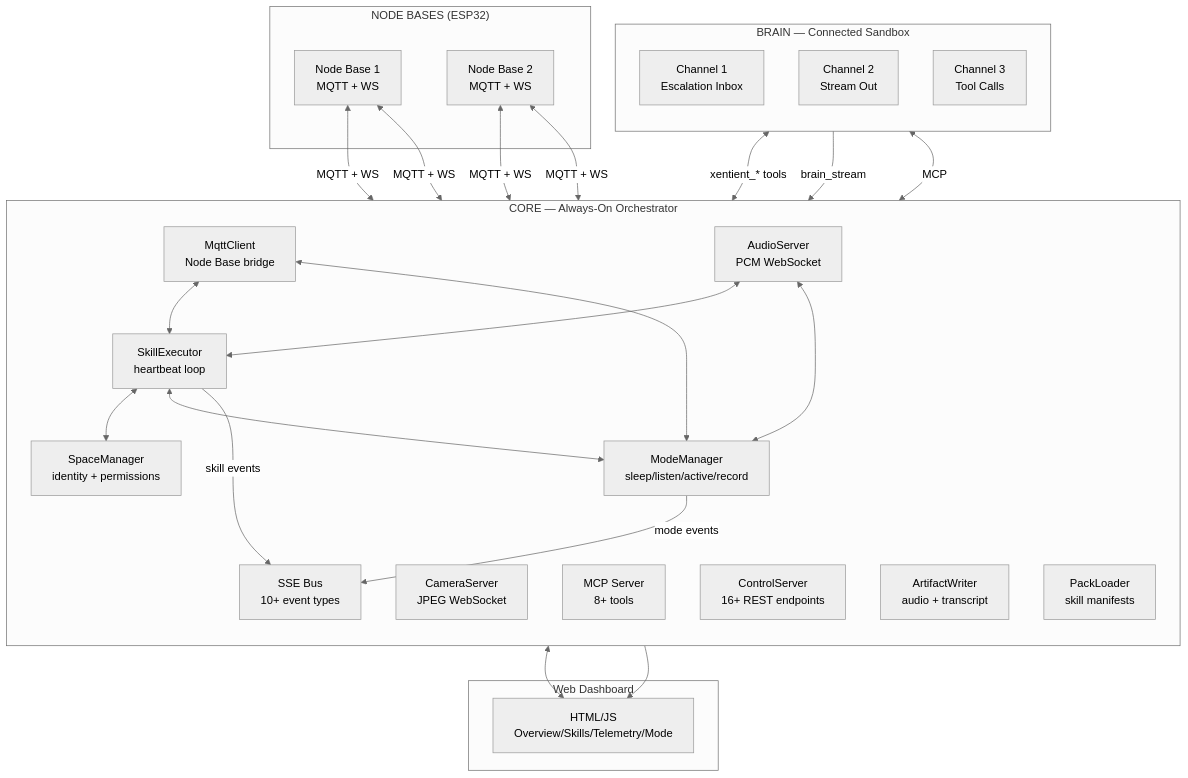
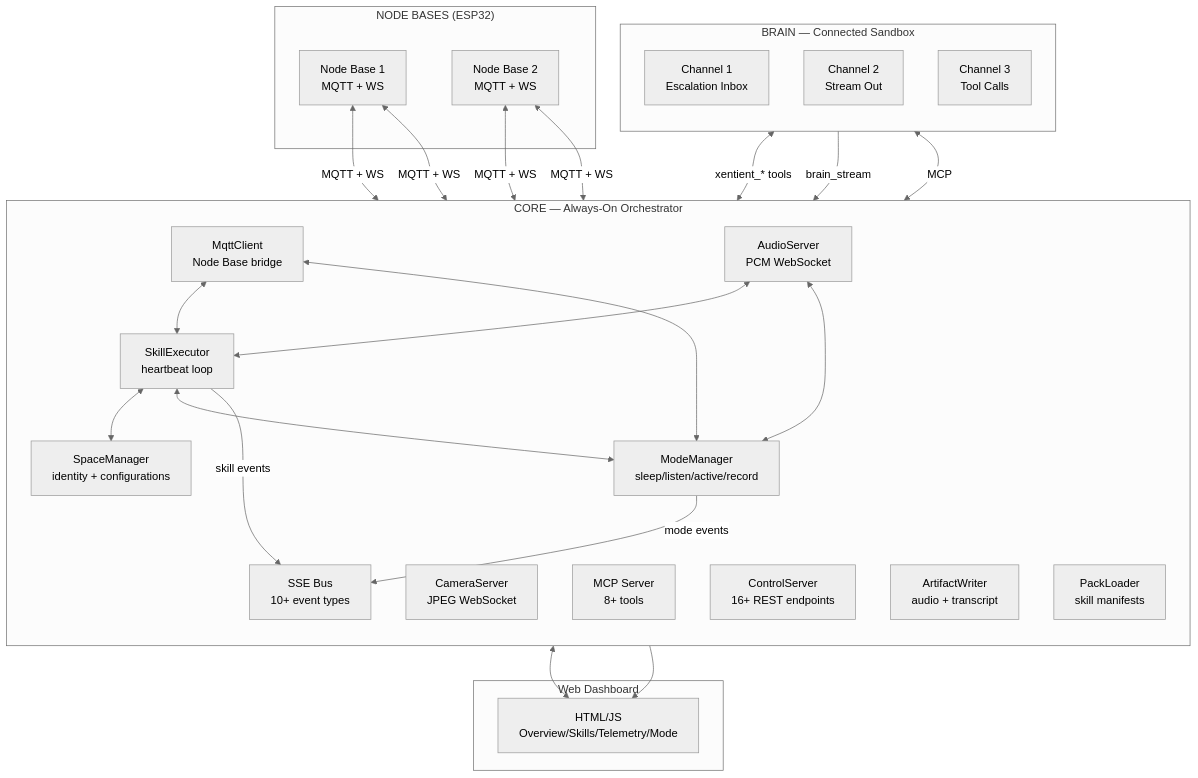
The first of 8 diagrams in docs/ARCHITECTURE.md (daviddatuX25/Xentient), drawn with Mermaid (neutral theme) before and after one commit. The commit also changed other lines of this file and 7 other files, not shown here.

First line of the commit message:
docs: realign all docs to configuration-centric architecture (Sprint 9)

````diff
--- a/docs/ARCHITECTURE.md
+++ b/docs/ARCHITECTURE.md
@@ -11,44 +11,44 @@
 ```mermaid
 flowchart TB
     subgraph CORE["CORE — Always-On Orchestrator"]
         direction TB
         SE["SkillExecutor<br/>heartbeat loop"]
         MM["ModeManager<br/>sleep/listen/active/record"]
-        SM["SpaceManager<br/>identity + permissions"]
+        SM["SpaceManager<br/>identity + configurations"]
         MC["MqttClient<br/>Node Base bridge"]
         AS["AudioServer<br/>PCM WebSocket"]
         CS["CameraServer<br/>JPEG WebSocket"]
         MCP["MCP Server<br/>8+ tools"]
         REST["ControlServer<br/>16+ REST endpoints"]
         SSE["SSE Bus<br/>10+ event types"]
         AW["ArtifactWriter<br/>audio + transcript"]
         PL["PackLoader<br/>skill manifests"]
     end
 
     subgraph NODES["NODE BASES (ESP32)"]
         NB1["Node Base 1<br/>MQTT + WS"]
         NB2["Node Base 2<br/>MQTT + WS"]
     end
 
     subgraph BRAIN["BRAIN — Connected Sandbox"]
         direction TB
         EI["Channel 1<br/>Escalation Inbox"]
         SO["Channel 2<br/>Stream Out"]
         TC["Channel 3<br/>Tool Calls"]
     end
 
     subgraph DASH["Web Dashboard"]
         UI["HTML/JS<br/>Overview/Skills/Telemetry/Mode"]
     end
 
     NB1 & NB2 <-->|MQTT + WS| MC & AS
     MC & AS <--> SE & MM
     SE <--> SM & MM
     MCP <-->|MCP| EI
     TC <-->|xentient_* tools| MCP
     SO -->|brain_stream| SSE
     SE -->|skill events| SSE
     MM -->|mode events| SSE
     REST <--> UI
     SSE --> UI
 ```
````
